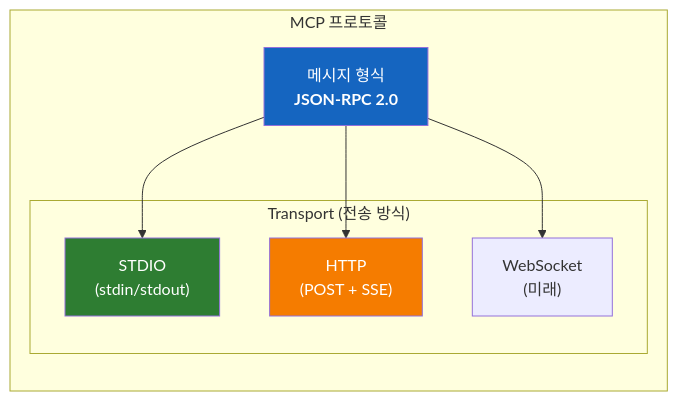
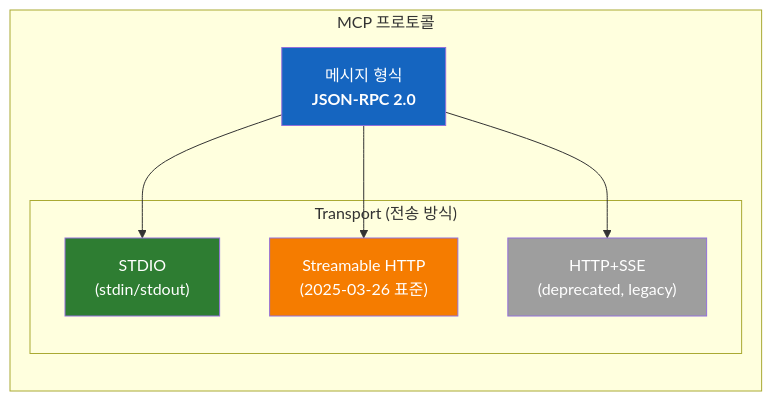
One commit to sskim91/TIL changed the first of 5 diagrams in ai/JSON-RPC와-MCP의-관계.md. Above: the diagram before and after it, drawn with Mermaid. The commit also changed other lines of this file and 36 other files, not shown here.

````diff
--- a/ai/JSON-RPC와-MCP의-관계.md
+++ b/ai/JSON-RPC와-MCP의-관계.md
@@ -9,21 +9,22 @@
 ```mermaid
 flowchart TB
     subgraph MCP["MCP 프로토콜"]
         direction TB
         MSG["메시지 형식<br><b>JSON-RPC 2.0</b>"]
 
         subgraph Transport["Transport (전송 방식)"]
             STDIO["STDIO<br>(stdin/stdout)"]
-            HTTP["HTTP<br>(POST + SSE)"]
-            WS["WebSocket<br>(미래)"]
+            SHTTP["Streamable HTTP<br>(2025-03-26 표준)"]
+            HTTPLEG["HTTP+SSE<br>(deprecated, legacy)"]
         end
     end
 
     MSG --> STDIO
-    MSG --> HTTP
-    MSG --> WS
+    MSG --> SHTTP
+    MSG --> HTTPLEG
 
     style MSG fill:#1565C0,color:#fff
     style STDIO fill:#2E7D32,color:#fff
-    style HTTP fill:#F57C00,color:#fff
+    style SHTTP fill:#F57C00,color:#fff
+    style HTTPLEG fill:#9E9E9E,color:#fff
 ```
````
